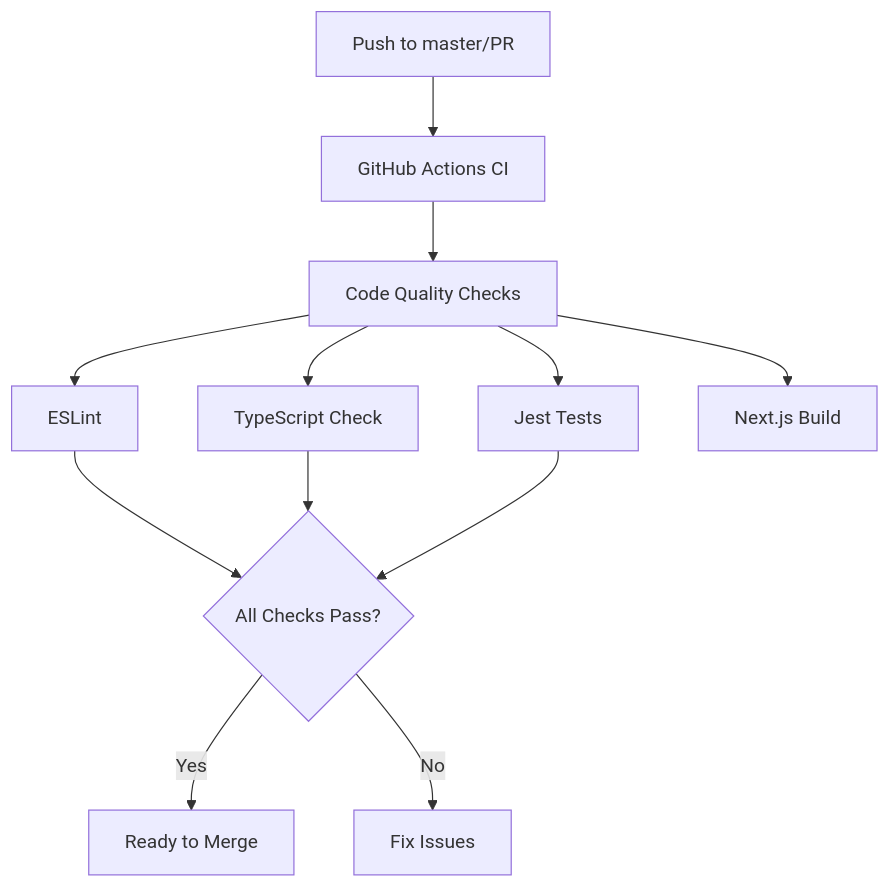
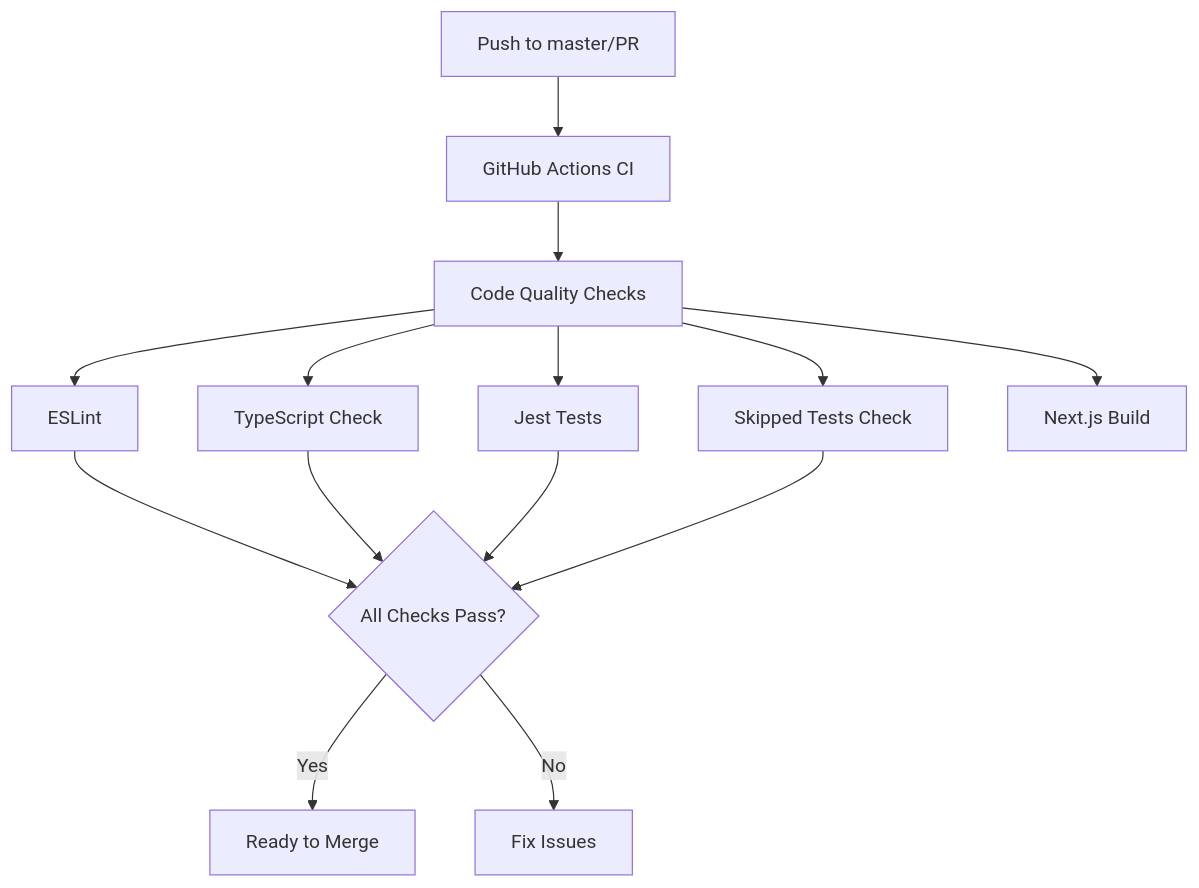
Before and after one commit to phrazzld/gitpulse: the second of 2 diagrams in README.md, drawn with Mermaid. The commit also changed other lines of this file and 6 other files, not shown here.

First line of the commit message:
feat: add CI check for skipped tests (T034)

````diff
--- a/README.md
+++ b/README.md
@@ -431,12 +431,13 @@
 ```mermaid
 flowchart TD
     Push[Push to master/PR] --> CI[GitHub Actions CI]
     CI --> Quality[Code Quality Checks]
     Quality --> Lint[ESLint]
     Quality --> TypeCheck[TypeScript Check]
     Quality --> Test[Jest Tests]
+    Quality --> SkipCheck[Skipped Tests Check]
     Quality --> Build[Next.js Build]
-    Lint & TypeCheck & Test --> Success{All Checks Pass?}
+    Lint & TypeCheck & Test & SkipCheck --> Success{All Checks Pass?}
     Success -->|Yes| MergePR[Ready to Merge]
     Success -->|No| FixIssues[Fix Issues]
 ```
````
